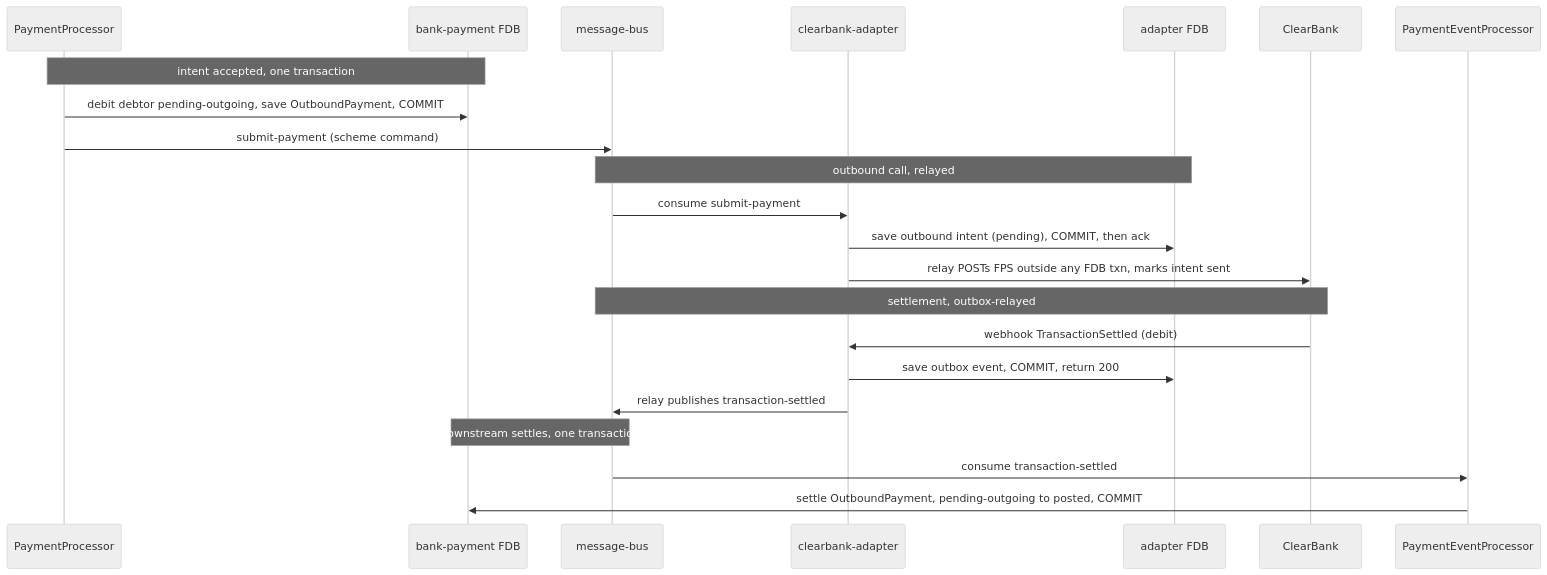
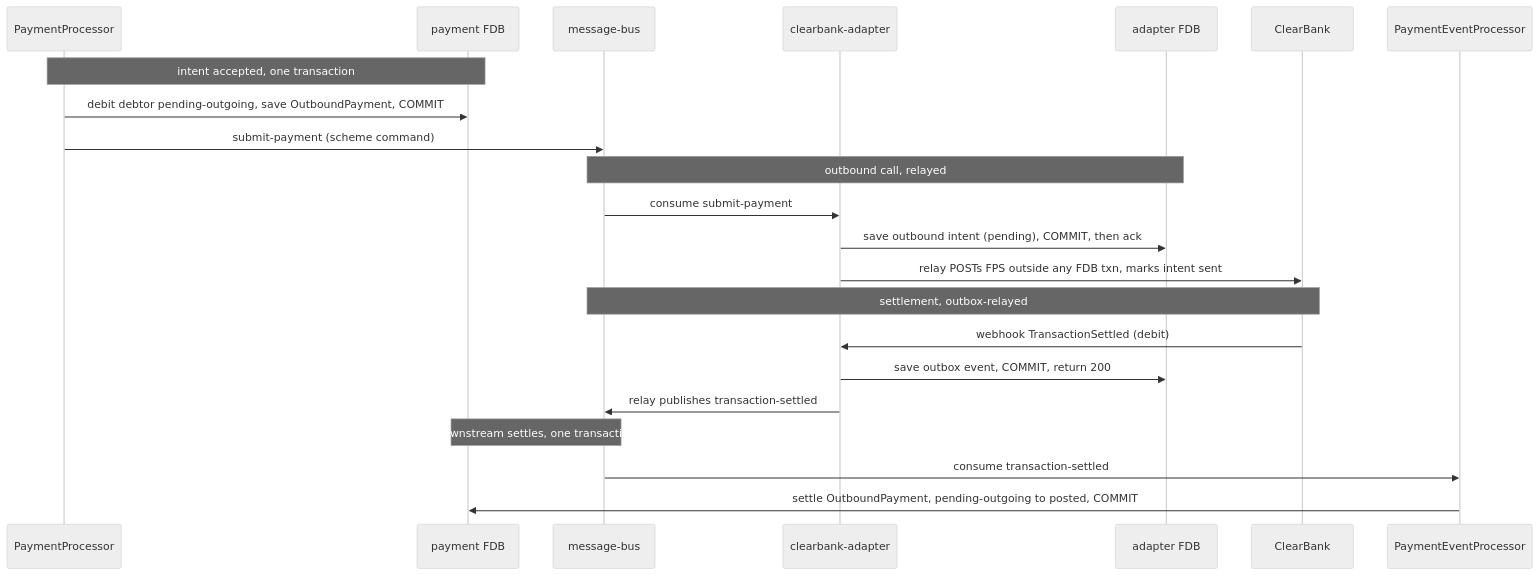
The fifth of 6 diagrams in docs/tdd/payments.md (kjothen/queenswood), drawn with Mermaid (neutral theme) before and after one commit. The commit also changed other lines of this file and 51 other files, not shown here.

````diff
--- a/docs/tdd/payments.md
+++ b/docs/tdd/payments.md
@@ -260,28 +260,28 @@
 ```mermaid
 sequenceDiagram
     participant P as PaymentProcessor
-    participant F as bank-payment FDB
+    participant F as payment FDB
     participant B as message-bus
     participant A as clearbank-adapter
     participant AF as adapter FDB
     participant C as ClearBank
     participant E as PaymentEventProcessor
 
     Note over P,F: intent accepted, one transaction
     P->>F: debit debtor pending-outgoing, save OutboundPayment, COMMIT
     P->>B: submit-payment (scheme command)
 
     Note over B,AF: outbound call, relayed
     B->>A: consume submit-payment
     A->>AF: save outbound intent (pending), COMMIT, then ack
     A->>C: relay POSTs FPS outside any FDB txn, marks intent sent
 
     Note over C,B: settlement, outbox-relayed
     C->>A: webhook TransactionSettled (debit)
     A->>AF: save outbox event, COMMIT, return 200
     A->>B: relay publishes transaction-settled
 
     Note over B,F: downstream settles, one transaction
     B->>E: consume transaction-settled
     E->>F: settle OutboundPayment, pending-outgoing to posted, COMMIT
 ```
````
